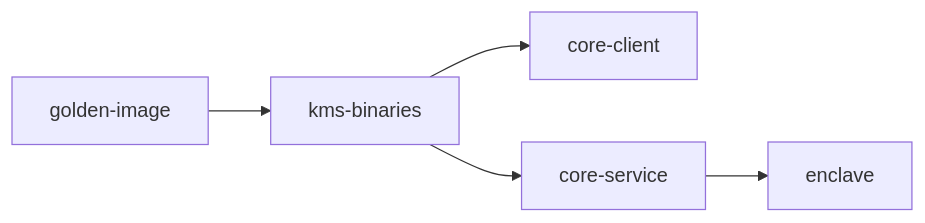
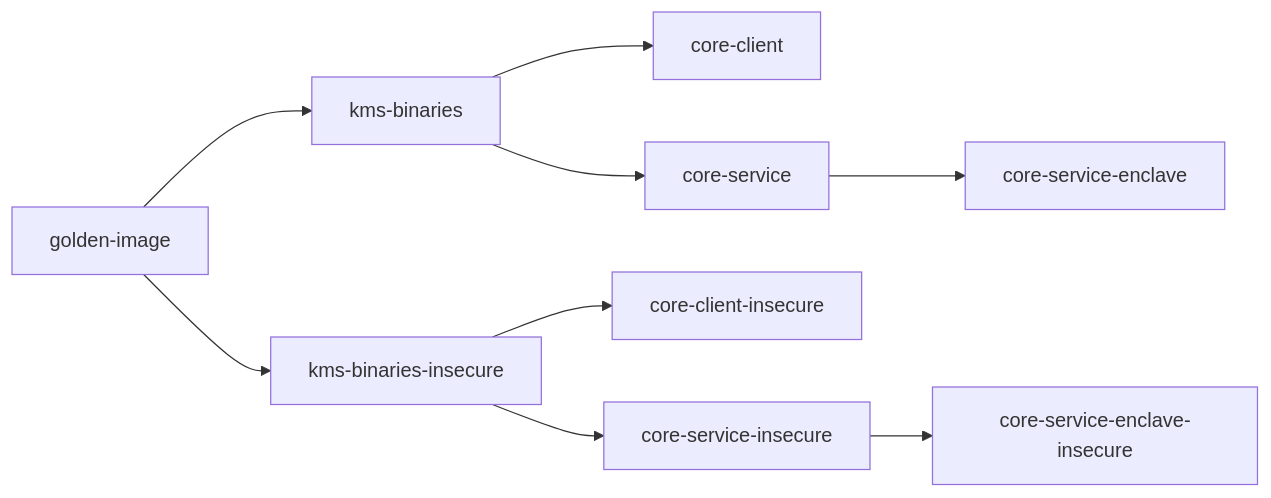
Before and after one commit to zama-ai/kms: the first of 2 diagrams in .github/workflows/README.md, drawn with Mermaid. The commit also changed other lines of this file and 49 other files, not shown here.

````diff
--- a/.github/workflows/README.md
+++ b/.github/workflows/README.md
@@ -202,7 +202,11 @@
 ```mermaid
 graph LR
     A[golden-image] --> B[kms-binaries]
+    A --> F[kms-binaries-insecure]
     B --> C[core-client]
     B --> D[core-service]
-    D --> E[enclave]
+    D --> E[core-service-enclave]
+    F --> G[core-client-insecure]
+    F --> H[core-service-insecure]
+    H --> I[core-service-enclave-insecure]
 ```
````
